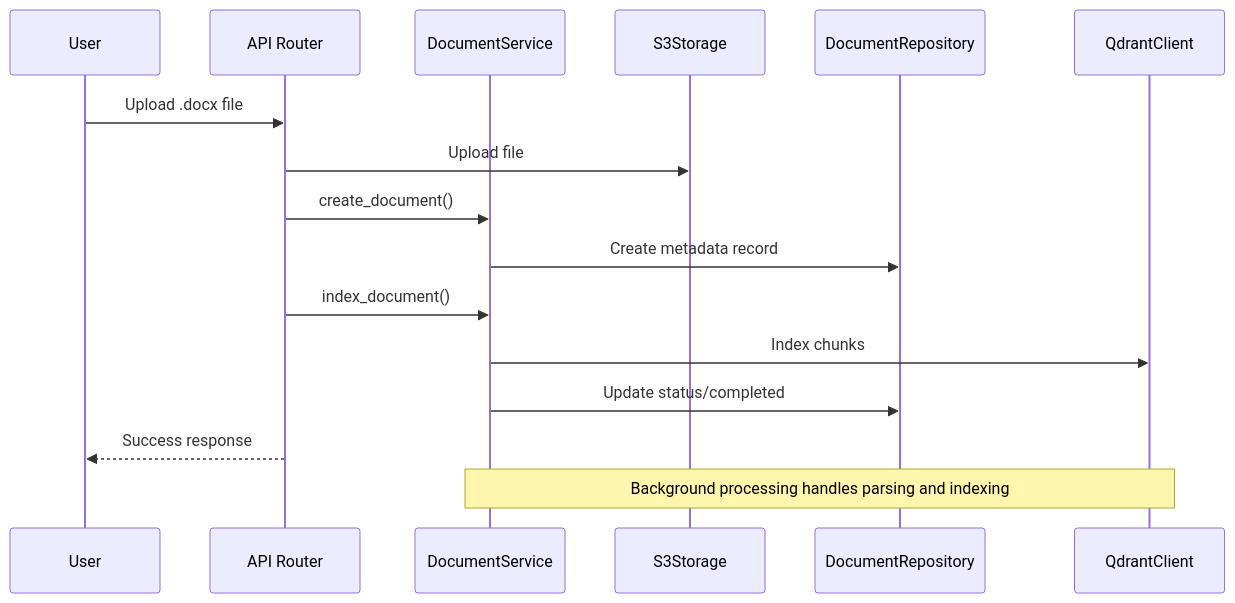
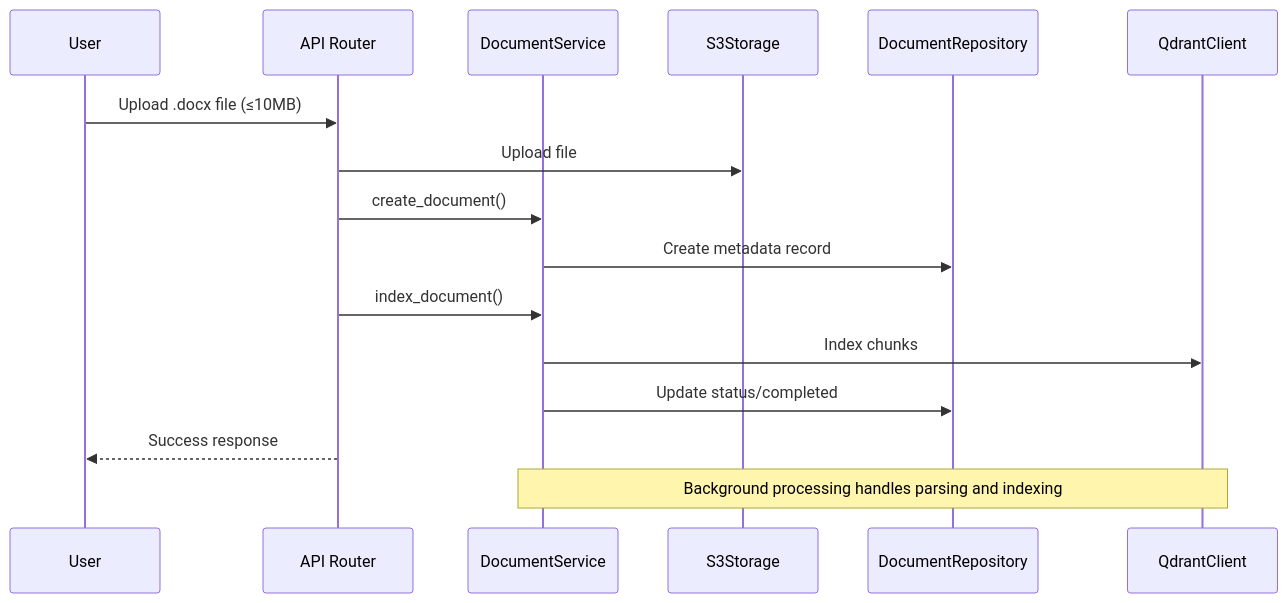
The fourth of 13 diagrams in .qoder/repowiki/en/content/API Reference/Document Management System.md (ognelis/cafetera_hr_bot), drawn with Mermaid before and after one commit. The commit also changed other lines of this file and 15 other files, not shown here.

````diff
--- a/.qoder/repowiki/en/content/API Reference/Document Management System.md
+++ b/.qoder/repowiki/en/content/API Reference/Document Management System.md
@@ -202,18 +203,18 @@
 ```mermaid
 sequenceDiagram
 participant User as User
 participant API as API Router
 participant Service as DocumentService
 participant S3 as S3Storage
 participant DB as DocumentRepository
 participant Qdrant as QdrantClient
-User->>API : Upload .docx file
+User->>API : Upload .docx file (≤10MB)
 API->>S3 : Upload file
 API->>Service : create_document()
 Service->>DB : Create metadata record
 API->>Service : index_document()
 Service->>Qdrant : Index chunks
 Service->>DB : Update status/completed
 API-->>User : Success response
 Note over Service,Qdrant : Background processing handles parsing and indexing
 ```
````
